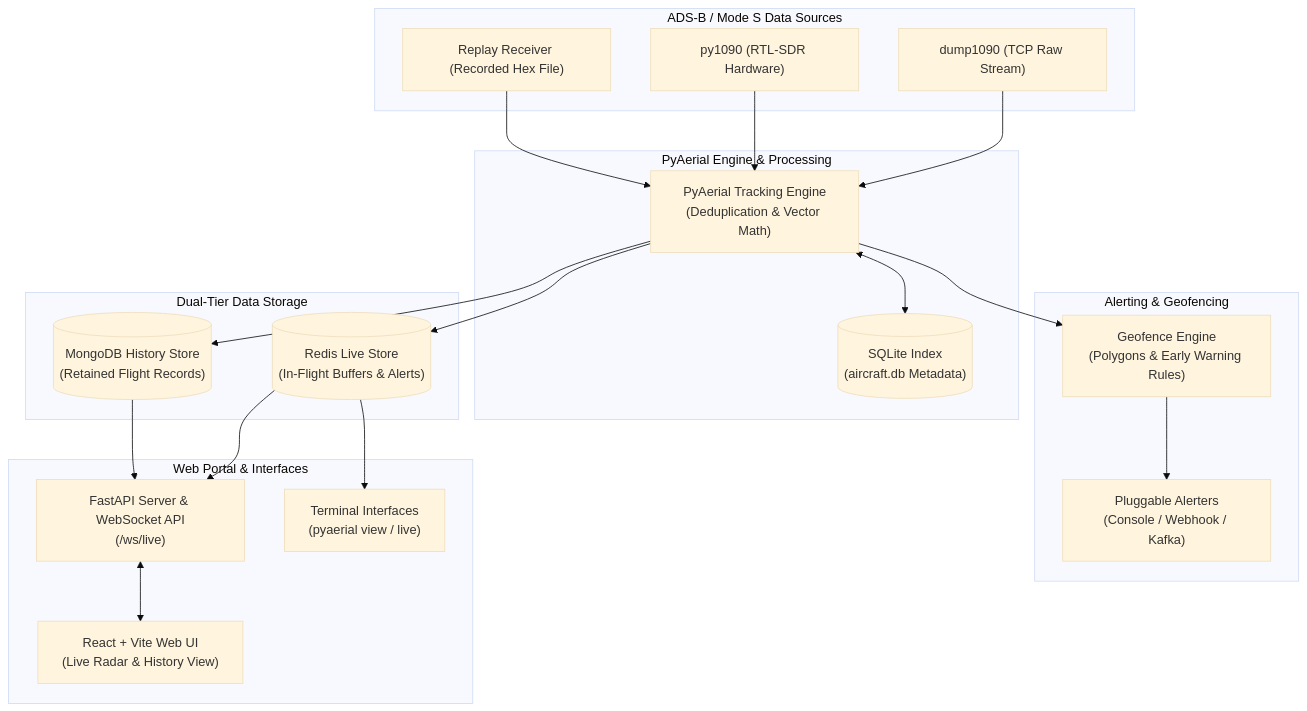
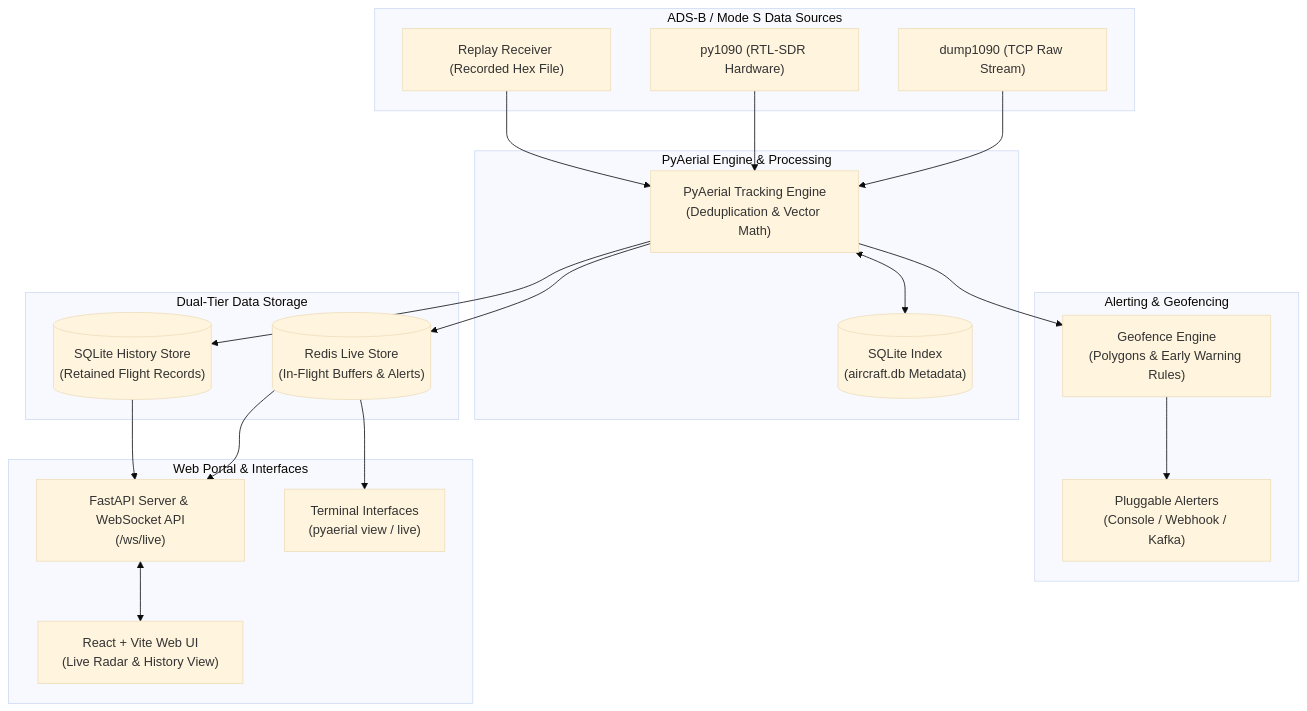
Before and after one commit to quantumbagel/PyAerial: the diagram in README.md, drawn with Mermaid (base theme). The commit also changed other lines of this file and 36 other files, not shown here.

````diff
--- a/README.md
+++ b/README.md
@@ -15,46 +15,46 @@
 ```mermaid
 graph TD
     subgraph Inputs ["ADS-B / Mode S Data Sources"]
         DUMP1090["dump1090 (TCP Raw Stream)"]
         PY1090["py1090 (RTL-SDR Hardware)"]
         REPLAY["Replay Receiver (Recorded Hex File)"]
     end
 
     subgraph Core ["PyAerial Engine & Processing"]
         ENGINE["PyAerial Tracking Engine<br/>(Deduplication & Vector Math)"]
         AIRCRAFT_DB[("SQLite Index<br/>(aircraft.db Metadata)")]
     end
 
     subgraph Alerts ["Alerting & Geofencing"]
         GEOFENCE["Geofence Engine<br/>(Polygons & Early Warning Rules)"]
         ALERTERS["Pluggable Alerters<br/>(Console / Webhook / Kafka)"]
     end
 
     subgraph Storage ["Dual-Tier Data Storage"]
         REDIS[("Redis Live Store<br/>(In-Flight Buffers & Alerts)")]
-        MONGO[("MongoDB History Store<br/>(Retained Flight Records)")]
+        SQLITE[("SQLite History Store<br/>(Retained Flight Records)")]
     end
 
     subgraph Frontend ["Web Portal & Interfaces"]
         WEBAPP["FastAPI Server & WebSocket API<br/>(/ws/live)"]
         WEBUI["React + Vite Web UI<br/>(Live Radar & History View)"]
         CLI["Terminal Interfaces<br/>(pyaerial view / live)"]
     end
 
     DUMP1090 --> ENGINE
     PY1090 --> ENGINE
     REPLAY --> ENGINE
 
     ENGINE <--> AIRCRAFT_DB
     ENGINE --> GEOFENCE
     GEOFENCE --> ALERTERS
 
     ENGINE --> REDIS
-    ENGINE --> MONGO
+    ENGINE --> SQLITE
 
     REDIS --> WEBAPP
-    MONGO --> WEBAPP
+    SQLITE --> WEBAPP
     REDIS --> CLI
 
     WEBAPP <--> WEBUI
 ```
````
